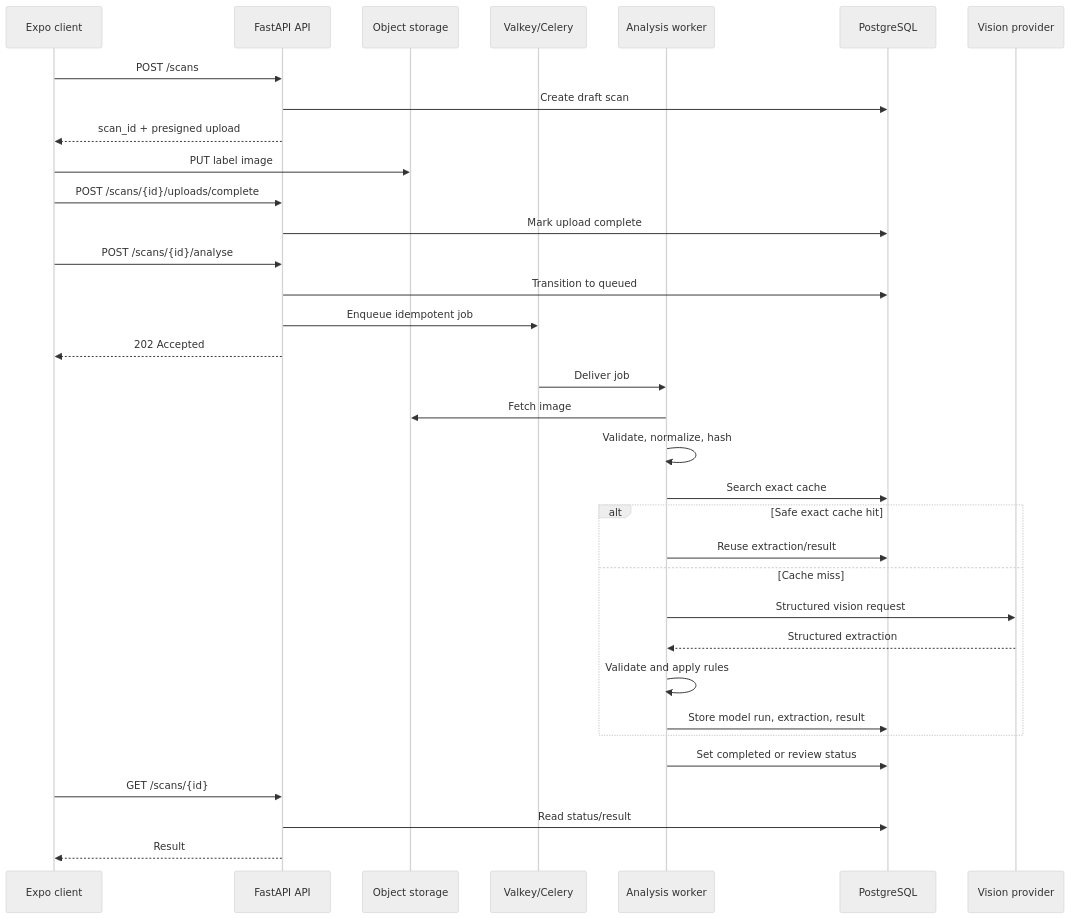
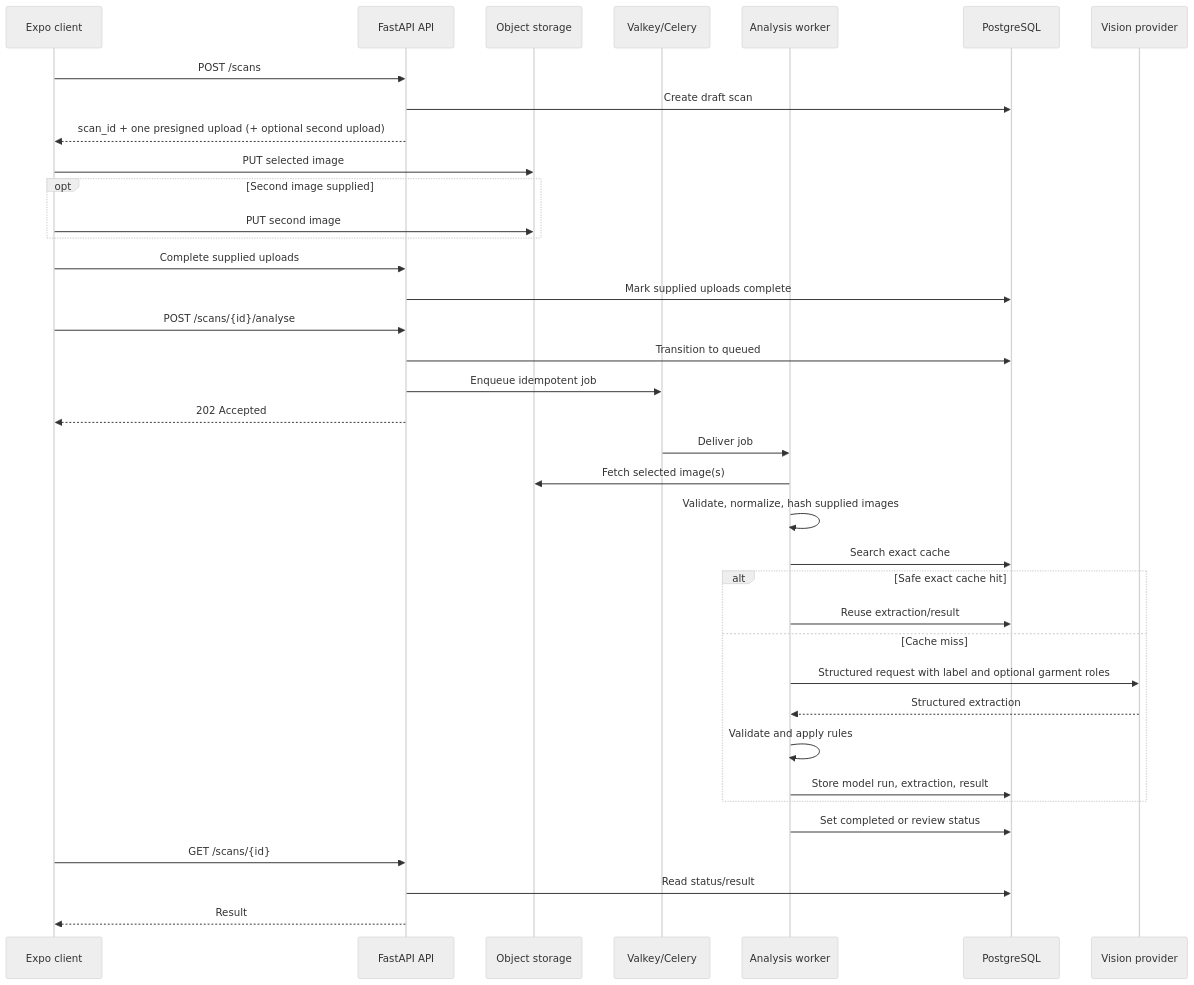
The third of 4 diagrams in docs/architecture.md (acado1986/fabricassist-platform), drawn with Mermaid (neutral theme) before and after one commit. The commit also changed other lines of this file and 47 other files, not shown here.

First line of the commit message:
feat: add camera capture functionality for garment and care label photos

````diff
--- a/docs/architecture.md
+++ b/docs/architecture.md
@@ -697,37 +700,40 @@
 ```mermaid
 sequenceDiagram
     participant Client as Expo client
     participant API as FastAPI API
     participant Obj as Object storage
     participant Queue as Valkey/Celery
     participant Worker as Analysis worker
     participant DB as PostgreSQL
     participant Model as Vision provider
 
     Client->>API: POST /scans
     API->>DB: Create draft scan
-    API-->>Client: scan_id + presigned upload
-    Client->>Obj: PUT label image
-    Client->>API: POST /scans/{id}/uploads/complete
-    API->>DB: Mark upload complete
+    API-->>Client: scan_id + one presigned upload (+ optional second upload)
+    Client->>Obj: PUT selected image
+    opt Second image supplied
+        Client->>Obj: PUT second image
+    end
+    Client->>API: Complete supplied uploads
+    API->>DB: Mark supplied uploads complete
     Client->>API: POST /scans/{id}/analyse
     API->>DB: Transition to queued
     API->>Queue: Enqueue idempotent job
     API-->>Client: 202 Accepted
     Queue->>Worker: Deliver job
-    Worker->>Obj: Fetch image
-    Worker->>Worker: Validate, normalize, hash
+    Worker->>Obj: Fetch selected image(s)
+    Worker->>Worker: Validate, normalize, hash supplied images
     Worker->>DB: Search exact cache
     alt Safe exact cache hit
         Worker->>DB: Reuse extraction/result
     else Cache miss
-        Worker->>Model: Structured vision request
+        Worker->>Model: Structured request with label and optional garment roles
         Model-->>Worker: Structured extraction
         Worker->>Worker: Validate and apply rules
         Worker->>DB: Store model run, extraction, result
     end
     Worker->>DB: Set completed or review status
     Client->>API: GET /scans/{id}
     API->>DB: Read status/result
     API-->>Client: Result
 ```
````
